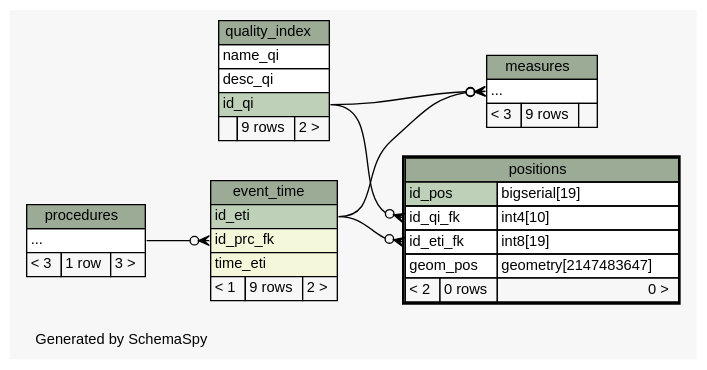
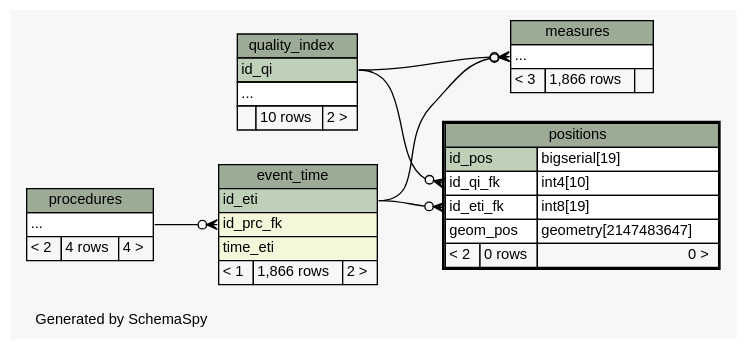
The diagram in documentation/_static/istsosDB/diagrams/positions.2degrees.dot (istSOS/istsos2), drawn with Graphviz before and after one commit. The commit also changed 92 other files, not shown here.

Commit message:
add new schema documentation

```diff
--- a/documentation/_static/istsosDB/diagrams/positions.2degrees.dot
+++ b/documentation/_static/istsosDB/diagrams/positions.2degrees.dot
@@ -1,84 +1,83 @@
-// dot 2.26.3 on Linux 3.2.0-38-generic-pae
-// SchemaSpy rev 590
+// dot 2.36.0 on Linux 3.16.7-031607-generic
+// SchemaSpy rev Unknown
 digraph "twoDegreesRelationshipsDiagram" {
   graph [
     rankdir="RL"
     bgcolor="#f7f7f7"
     label="\nGenerated by SchemaSpy"
     labeljust="l"
     nodesep="0.18"
     ranksep="0.46"
     fontname="Helvetica"
     fontsize="11"
   ];
   node [
     fontname="Helvetica"
     fontsize="11"
     shape="plaintext"
   ];
   edge [
     arrowsize="0.8"
   ];
   "event_time":"id_prc_fk":w -> "procedures":"elipses":e [arrowhead=none dir=back arrowtail=crowodot];
   "measures":"elipses":w -> "event_time":"id_eti":e [arrowhead=none dir=back arrowtail=crowodot];
   "measures":"elipses":w -> "quality_index":"id_qi":e [arrowhead=none dir=back arrowtail=crowodot];
   "positions":"id_eti_fk":w -> "event_time":"id_eti":e [arrowhead=none dir=back arrowtail=crowodot];
   "positions":"id_qi_fk":w -> "quality_index":"id_qi":e [arrowhead=none dir=back arrowtail=crowodot];
   "event_time" [
     label=<
     <TABLE BORDER="0" CELLBORDER="1" CELLSPACING="0" BGCOLOR="#ffffff">
       <TR><TD COLSPAN="3" BGCOLOR="#9bab96" ALIGN="CENTER">event_time</TD></TR>
       <TR><TD PORT="id_eti" COLSPAN="3" BGCOLOR="#bed1b8" ALIGN="LEFT">id_eti</TD></TR>
       <TR><TD PORT="id_prc_fk" COLSPAN="3" BGCOLOR="#f4f7da" ALIGN="LEFT">id_prc_fk</TD></TR>
       <TR><TD PORT="time_eti" COLSPAN="3" BGCOLOR="#f4f7da" ALIGN="LEFT">time_eti</TD></TR>
-      <TR><TD ALIGN="LEFT" BGCOLOR="#f7f7f7">&lt; 1</TD><TD ALIGN="RIGHT" BGCOLOR="#f7f7f7">9 rows</TD><TD ALIGN="RIGHT" BGCOLOR="#f7f7f7">2 &gt;</TD></TR>
+      <TR><TD ALIGN="LEFT" BGCOLOR="#f7f7f7">&lt; 1</TD><TD ALIGN="RIGHT" BGCOLOR="#f7f7f7">1,866 rows</TD><TD ALIGN="RIGHT" BGCOLOR="#f7f7f7">2 &gt;</TD></TR>
     </TABLE>>
     URL="event_time.html"
     tooltip="event_time"
   ];
   "measures" [
     label=<
     <TABLE BORDER="0" CELLBORDER="1" CELLSPACING="0" BGCOLOR="#ffffff">
       <TR><TD COLSPAN="3" BGCOLOR="#9bab96" ALIGN="CENTER">measures</TD></TR>
       <TR><TD PORT="elipses" COLSPAN="3" ALIGN="LEFT">...</TD></TR>
-      <TR><TD ALIGN="LEFT" BGCOLOR="#f7f7f7">&lt; 3</TD><TD ALIGN="RIGHT" BGCOLOR="#f7f7f7">9 rows</TD><TD ALIGN="RIGHT" BGCOLOR="#f7f7f7">  </TD></TR>
+      <TR><TD ALIGN="LEFT" BGCOLOR="#f7f7f7">&lt; 3</TD><TD ALIGN="RIGHT" BGCOLOR="#f7f7f7">1,866 rows</TD><TD ALIGN="RIGHT" BGCOLOR="#f7f7f7">  </TD></TR>
     </TABLE>>
     URL="measures.html"
     tooltip="measures"
   ];
   "positions" [
     label=<
     <TABLE BORDER="2" CELLBORDER="1" CELLSPACING="0" BGCOLOR="#ffffff">
       <TR><TD COLSPAN="3" BGCOLOR="#9bab96" ALIGN="CENTER">positions</TD></TR>
       <TR><TD PORT="id_pos" COLSPAN="2" BGCOLOR="#bed1b8" ALIGN="LEFT">id_pos</TD><TD PORT="id_pos.type" ALIGN="LEFT">bigserial[19]</TD></TR>
       <TR><TD PORT="id_qi_fk" COLSPAN="2" ALIGN="LEFT">id_qi_fk</TD><TD PORT="id_qi_fk.type" ALIGN="LEFT">int4[10]</TD></TR>
       <TR><TD PORT="id_eti_fk" COLSPAN="2" ALIGN="LEFT">id_eti_fk</TD><TD PORT="id_eti_fk.type" ALIGN="LEFT">int8[19]</TD></TR>
       <TR><TD PORT="geom_pos" COLSPAN="2" ALIGN="LEFT">geom_pos</TD><TD PORT="geom_pos.type" ALIGN="LEFT">geometry[2147483647]</TD></TR>
       <TR><TD ALIGN="LEFT" BGCOLOR="#f7f7f7">&lt; 2</TD><TD ALIGN="RIGHT" BGCOLOR="#f7f7f7">0 rows</TD><TD ALIGN="RIGHT" BGCOLOR="#f7f7f7">0 &gt;</TD></TR>
     </TABLE>>
     URL="positions.html"
     tooltip="positions"
   ];
   "procedures" [
     label=<
     <TABLE BORDER="0" CELLBORDER="1" CELLSPACING="0" BGCOLOR="#ffffff">
       <TR><TD COLSPAN="3" BGCOLOR="#9bab96" ALIGN="CENTER">procedures</TD></TR>
       <TR><TD PORT="elipses" COLSPAN="3" ALIGN="LEFT">...</TD></TR>
-      <TR><TD ALIGN="LEFT" BGCOLOR="#f7f7f7">&lt; 3</TD><TD ALIGN="RIGHT" BGCOLOR="#f7f7f7">1 row</TD><TD ALIGN="RIGHT" BGCOLOR="#f7f7f7">3 &gt;</TD></TR>
+      <TR><TD ALIGN="LEFT" BGCOLOR="#f7f7f7">&lt; 2</TD><TD ALIGN="RIGHT" BGCOLOR="#f7f7f7">4 rows</TD><TD ALIGN="RIGHT" BGCOLOR="#f7f7f7">4 &gt;</TD></TR>
     </TABLE>>
     URL="procedures.html"
     tooltip="procedures"
   ];
   "quality_index" [
     label=<
     <TABLE BORDER="0" CELLBORDER="1" CELLSPACING="0" BGCOLOR="#ffffff">
       <TR><TD COLSPAN="3" BGCOLOR="#9bab96" ALIGN="CENTER">quality_index</TD></TR>
-      <TR><TD PORT="name_qi" COLSPAN="3" ALIGN="LEFT">name_qi</TD></TR>
-      <TR><TD PORT="desc_qi" COLSPAN="3" ALIGN="LEFT">desc_qi</TD></TR>
       <TR><TD PORT="id_qi" COLSPAN="3" BGCOLOR="#bed1b8" ALIGN="LEFT">id_qi</TD></TR>
-      <TR><TD ALIGN="LEFT" BGCOLOR="#f7f7f7">  </TD><TD ALIGN="RIGHT" BGCOLOR="#f7f7f7">9 rows</TD><TD ALIGN="RIGHT" BGCOLOR="#f7f7f7">2 &gt;</TD></TR>
+      <TR><TD PORT="elipses" COLSPAN="3" ALIGN="LEFT">...</TD></TR>
+      <TR><TD ALIGN="LEFT" BGCOLOR="#f7f7f7">  </TD><TD ALIGN="RIGHT" BGCOLOR="#f7f7f7">10 rows</TD><TD ALIGN="RIGHT" BGCOLOR="#f7f7f7">2 &gt;</TD></TR>
     </TABLE>>
     URL="quality_index.html"
     tooltip="quality_index"
   ];
 }
```
